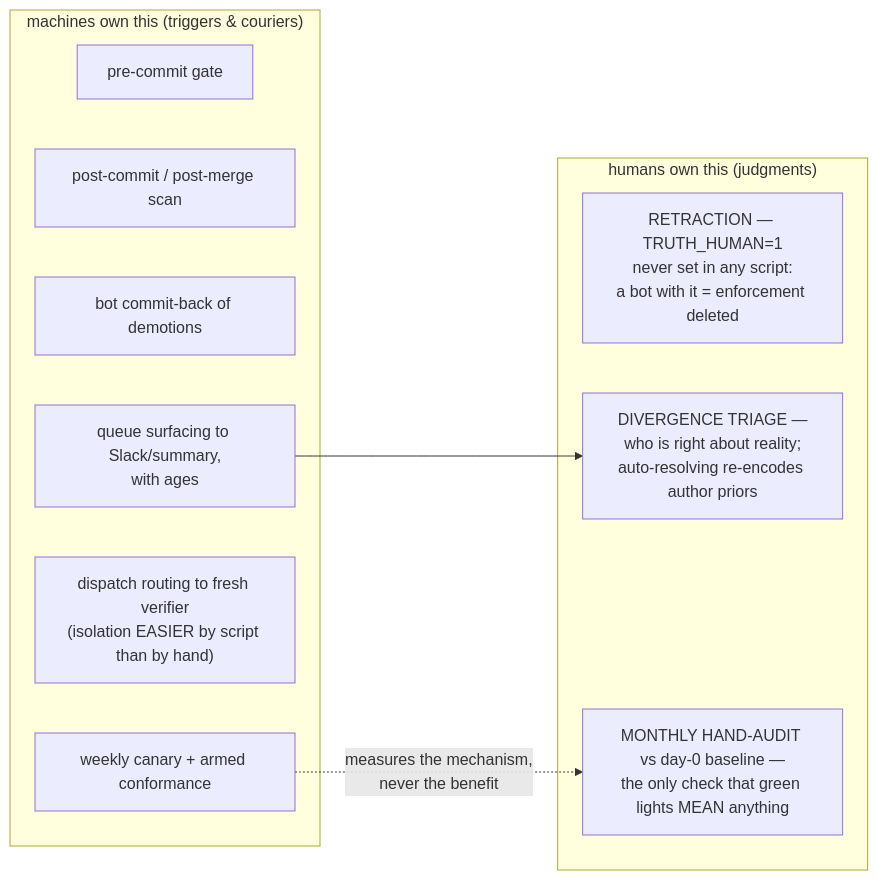
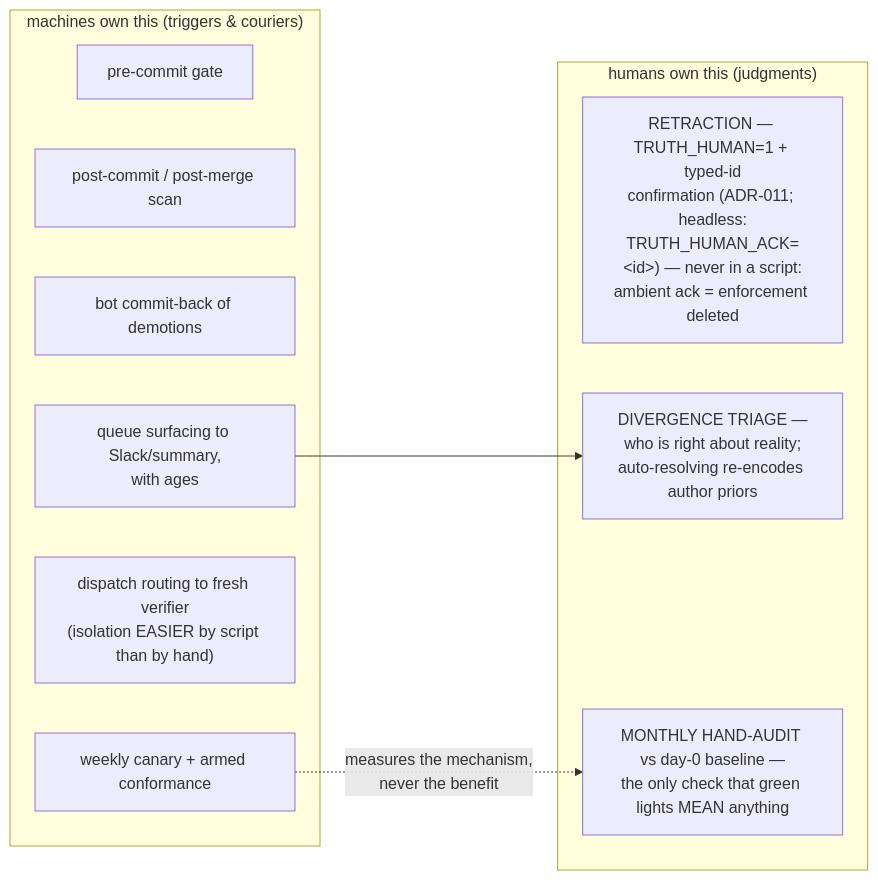
The fourth of 4 diagrams in docs/truth-ledger-operations-guide.md (m1981/truth-ledger), drawn with Mermaid before and after one commit. The commit also changed other lines of this file and 5 other files, not shown here.

````diff
--- a/docs/truth-ledger-operations-guide.md
+++ b/docs/truth-ledger-operations-guide.md
@@ -243,20 +252,20 @@
 ```mermaid
 flowchart LR
     subgraph machine["machines own this (triggers & couriers)"]
         M1["pre-commit gate"]
         M2["post-commit / post-merge scan"]
         M3["bot commit-back of demotions"]
         M4["weekly canary + armed conformance"]
         M5["dispatch routing to fresh verifier<br/>(isolation EASIER by script than by hand)"]
         M6["queue surfacing to Slack/summary,<br/>with ages"]
     end
 
     subgraph human["humans own this (judgments)"]
-        H1["RETRACTION — TRUTH_HUMAN=1<br/>never set in any script:<br/>a bot with it = enforcement deleted"]
+        H1["RETRACTION — TRUTH_HUMAN=1 + typed-id<br/>confirmation (ADR-011; headless:<br/>TRUTH_HUMAN_ACK=&lt;id&gt;) — never in a script:<br/>ambient ack = enforcement deleted"]
         H2["DIVERGENCE TRIAGE —<br/>who is right about reality;<br/>auto-resolving re-encodes author priors"]
         H3["MONTHLY HAND-AUDIT vs day-0 baseline —<br/>the only check that green lights MEAN anything"]
     end
 
     M6 --> H2
     M4 -. "measures the mechanism,<br/>never the benefit" .-> H3
 ```
````
